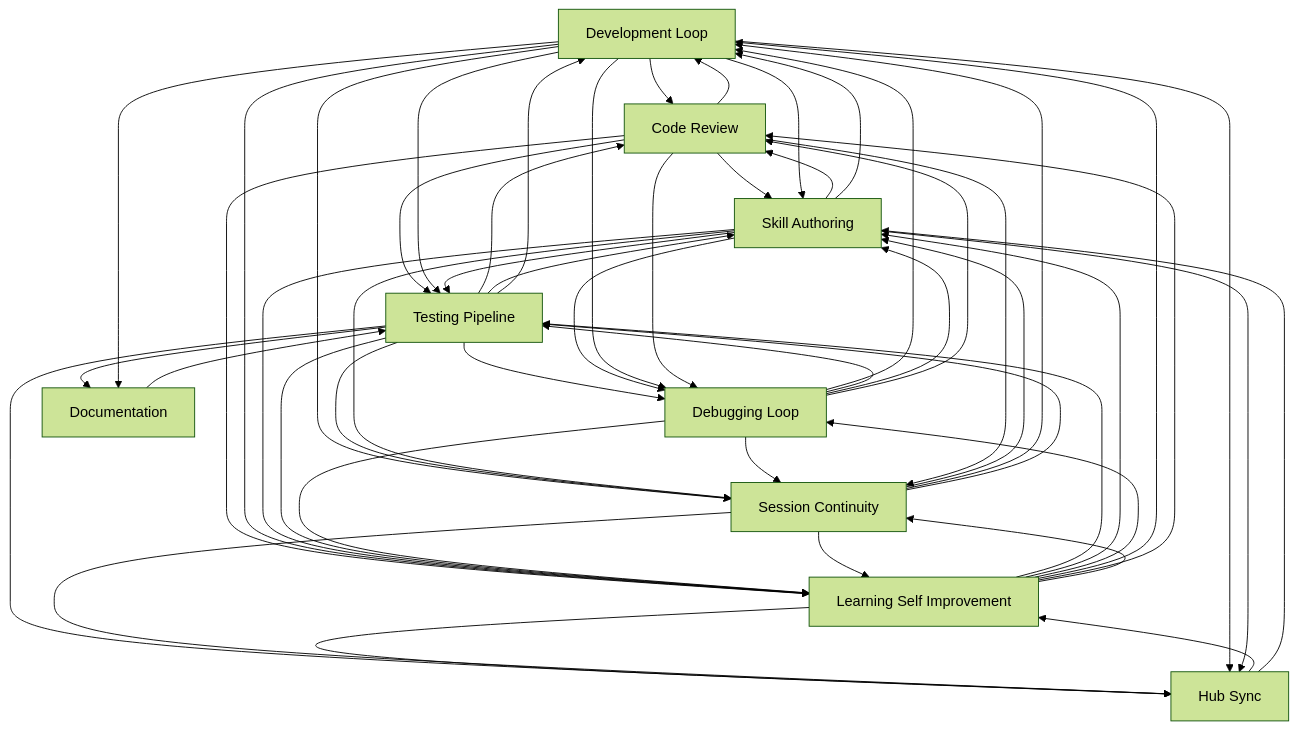
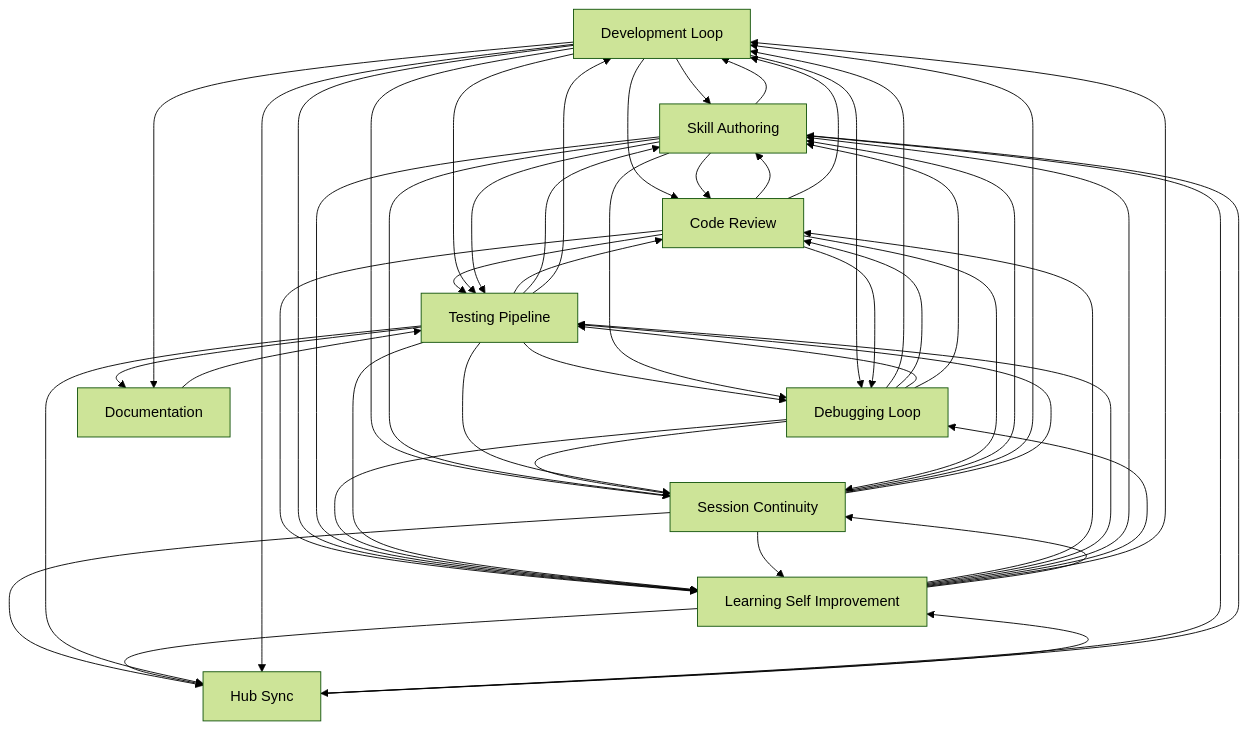
The diagram in docs/workflows/INDEX.md (abhayla/claude-best-practices), drawn with Mermaid (forest theme) before and after one commit. The commit also changed other lines of this file and 13 other files, not shown here.

````diff
--- a/docs/workflows/INDEX.md
+++ b/docs/workflows/INDEX.md
@@ -21,62 +21,62 @@
 ```mermaid
 graph TD
     development_loop[Development Loop]
     testing_pipeline[Testing Pipeline]
     debugging_loop[Debugging Loop]
     learning_self_improvement[Learning Self Improvement]
     session_continuity[Session Continuity]
     skill_authoring[Skill Authoring]
     code_review[Code Review]
     documentation[Documentation]
     hub_sync[Hub Sync]
     documentation --> testing_pipeline
     code_review --> skill_authoring
     code_review --> development_loop
+    development_loop --> skill_authoring
     development_loop --> code_review
-    development_loop --> skill_authoring
     code_review --> testing_pipeline
     code_review --> learning_self_improvement
     development_loop --> testing_pipeline
     development_loop --> learning_self_improvement
     testing_pipeline --> code_review
     testing_pipeline --> debugging_loop
     testing_pipeline --> skill_authoring
     testing_pipeline --> development_loop
     skill_authoring --> code_review
     skill_authoring --> development_loop
     skill_authoring --> testing_pipeline
     skill_authoring --> learning_self_improvement
     development_loop --> session_continuity
-    testing_pipeline --> session_continuity
     skill_authoring --> session_continuity
     debugging_loop --> session_continuity
     debugging_loop --> development_loop
+    testing_pipeline --> session_continuity
     skill_authoring --> debugging_loop
+    debugging_loop --> code_review
     debugging_loop --> testing_pipeline
     debugging_loop --> skill_authoring
-    debugging_loop --> code_review
     development_loop --> debugging_loop
+    debugging_loop --> learning_self_improvement
     testing_pipeline --> learning_self_improvement
-    debugging_loop --> learning_self_improvement
+    learning_self_improvement --> code_review
     learning_self_improvement --> testing_pipeline
     learning_self_improvement --> skill_authoring
     learning_self_improvement --> debugging_loop
     learning_self_improvement --> development_loop
-    learning_self_improvement --> code_review
     code_review --> debugging_loop
+    code_review --> session_continuity
     learning_self_improvement --> session_continuity
-    code_review --> session_continuity
+    session_continuity --> skill_authoring
+    session_continuity --> learning_self_improvement
+    session_continuity --> hub_sync
     learning_self_improvement --> hub_sync
     testing_pipeline --> hub_sync
-    session_continuity --> learning_self_improvement
-    session_continuity --> hub_sync
-    session_continuity --> skill_authoring
     development_loop --> hub_sync
     testing_pipeline --> documentation
     development_loop --> documentation
     session_continuity --> development_loop
     session_continuity --> testing_pipeline
     skill_authoring --> hub_sync
+    hub_sync --> skill_authoring
     hub_sync --> learning_self_improvement
-    hub_sync --> skill_authoring
 ```
````
